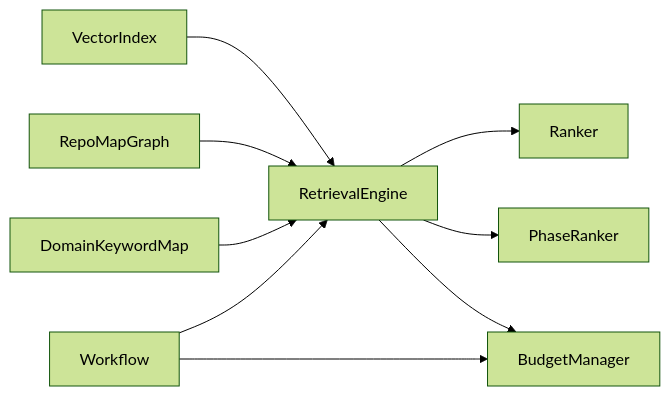
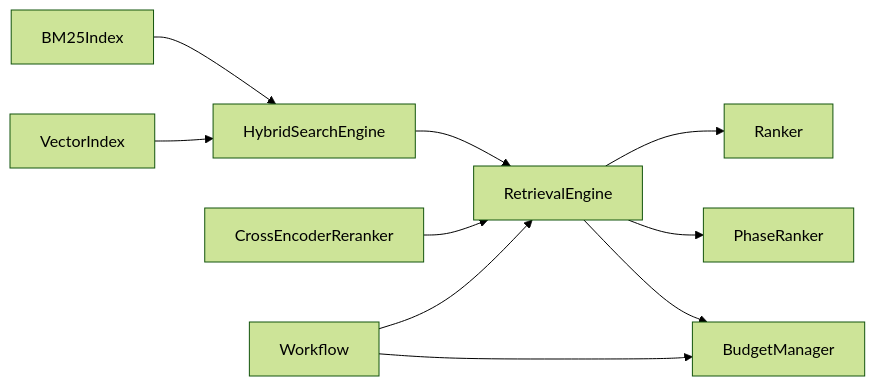
One commit to maemreyo/zmr-ctx-paker changed the eighth of 8 diagrams in .qoder/repowiki/en/content/Core Modules/Retrieval System.md. Above: the diagram before and after it, drawn with Mermaid (forest theme). The commit also changed other lines of this file and 94 other files, not shown here.

````diff
--- a/.qoder/repowiki/en/content/Core Modules/Retrieval System.md
+++ b/.qoder/repowiki/en/content/Core Modules/Retrieval System.md
@@ -391,11 +492,12 @@
 ```mermaid
 graph LR
-VI["VectorIndex"] --> E["RetrievalEngine"]
-G["RepoMapGraph"] --> E
-DM["DomainKeywordMap"] --> E
+BM25["BM25Index"] --> HE["HybridSearchEngine"]
+VI["VectorIndex"] --> HE
+HE --> E["RetrievalEngine"]
 E --> AR["Ranker"]
 E --> P["PhaseRanker"]
 E --> BM["BudgetManager"]
+RN["CrossEncoderReranker"] --> E
 Q["Workflow"] --> E
 Q --> BM
 ```
````
